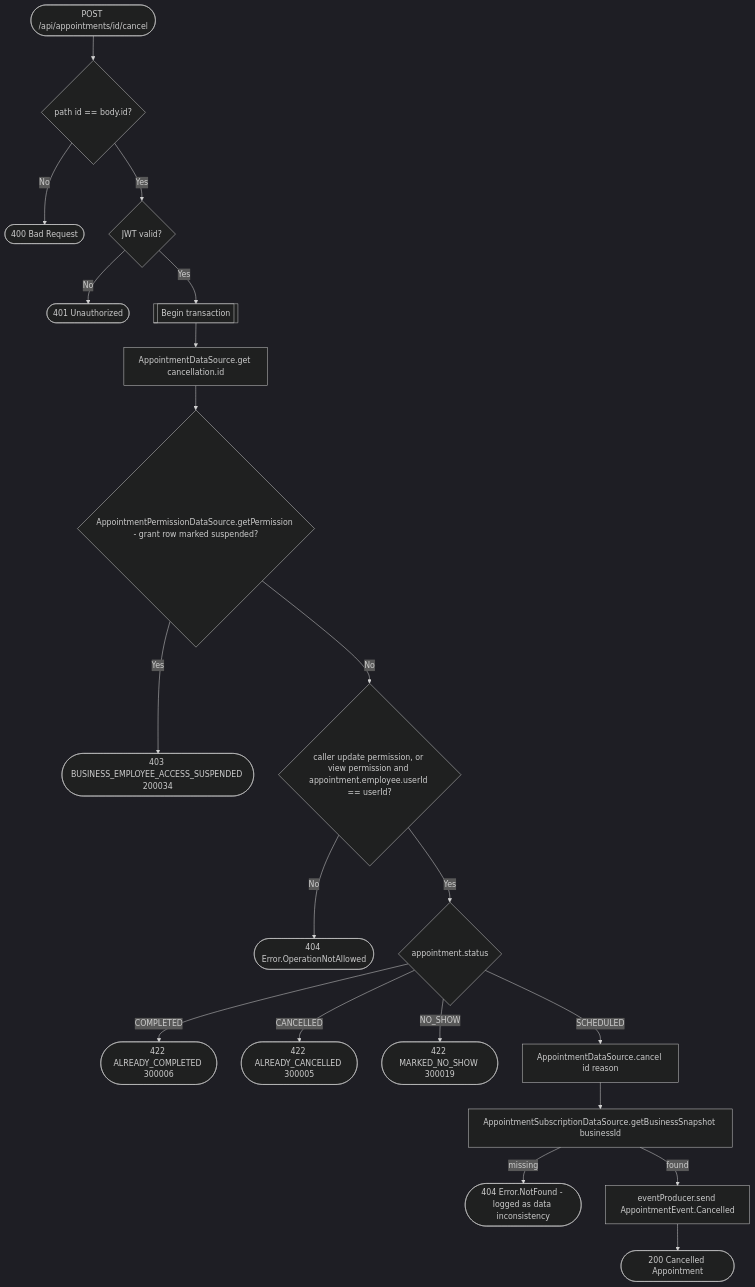
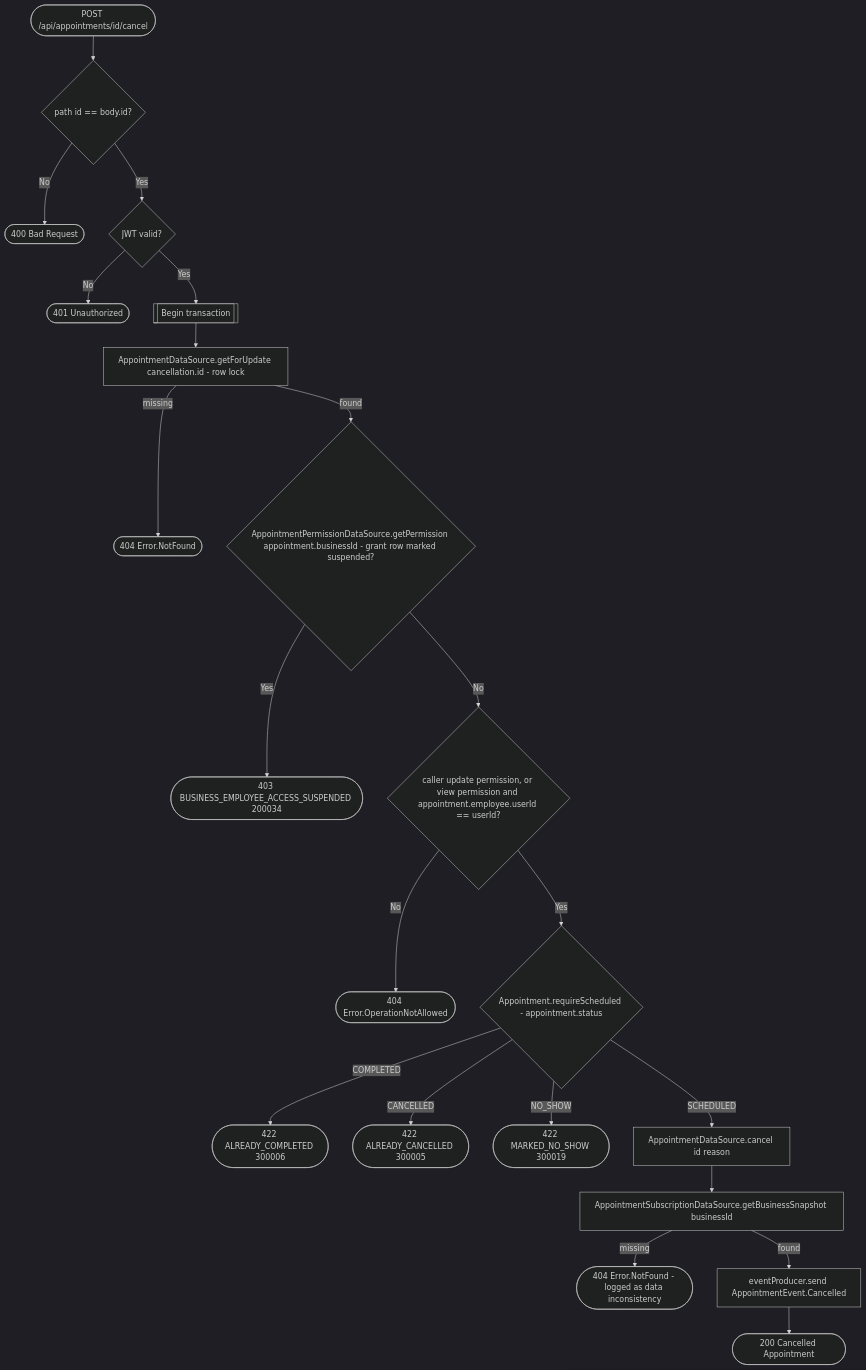
One commit to an22/bookk.me-backend changed the diagram in docs/operations/appointments/cancel-appointment.md. Above: the diagram before and after it, drawn with Mermaid (dark theme). The commit also changed other lines of this file and 80 other files, not shown here.

````diff
--- a/docs/operations/appointments/cancel-appointment.md
+++ b/docs/operations/appointments/cancel-appointment.md
@@ -12,22 +14,23 @@
 ```mermaid
 flowchart TD
     Start([POST /api/appointments/id/cancel]) --> PathCheck{path id == body.id?}
     PathCheck -- No --> R400([400 Bad Request])
     PathCheck -- Yes --> Auth{JWT valid?}
     Auth -- No --> R401([401 Unauthorized])
     Auth -- Yes --> Tx[[Begin transaction]]
-    Tx --> Get[AppointmentDataSource.get cancellation.id]
-    Get --> Suspended{AppointmentPermissionDataSource.getPermission - grant row marked suspended?}
+    Tx --> Get[AppointmentDataSource.getForUpdate cancellation.id - row lock]
+    Get -- missing --> R404n([404 Error.NotFound])
+    Get -- found --> Suspended{AppointmentPermissionDataSource.getPermission appointment.businessId - grant row marked suspended?}
     Suspended -- Yes --> R403s([403 BUSINESS_EMPLOYEE_ACCESS_SUSPENDED 200034])
     Suspended -- No --> Perm{caller update permission, or view permission and appointment.employee.userId == userId?}
     Perm -- No --> R404a([404 Error.OperationNotAllowed])
-    Perm -- Yes --> Status{appointment.status}
+    Perm -- Yes --> Status{Appointment.requireScheduled - appointment.status}
     Status -- COMPLETED --> R422a([422 ALREADY_COMPLETED 300006])
     Status -- CANCELLED --> R422b([422 ALREADY_CANCELLED 300005])
     Status -- NO_SHOW --> R422c([422 MARKED_NO_SHOW 300019])
     Status -- SCHEDULED --> Cancel[AppointmentDataSource.cancel id reason]
     Cancel --> Snapshot[AppointmentSubscriptionDataSource.getBusinessSnapshot businessId]
     Snapshot -- missing --> R404b([404 Error.NotFound - logged as data inconsistency])
     Snapshot -- found --> Event[eventProducer.send AppointmentEvent.Cancelled]
     Event --> R200([200 Cancelled Appointment])
 ```
````
